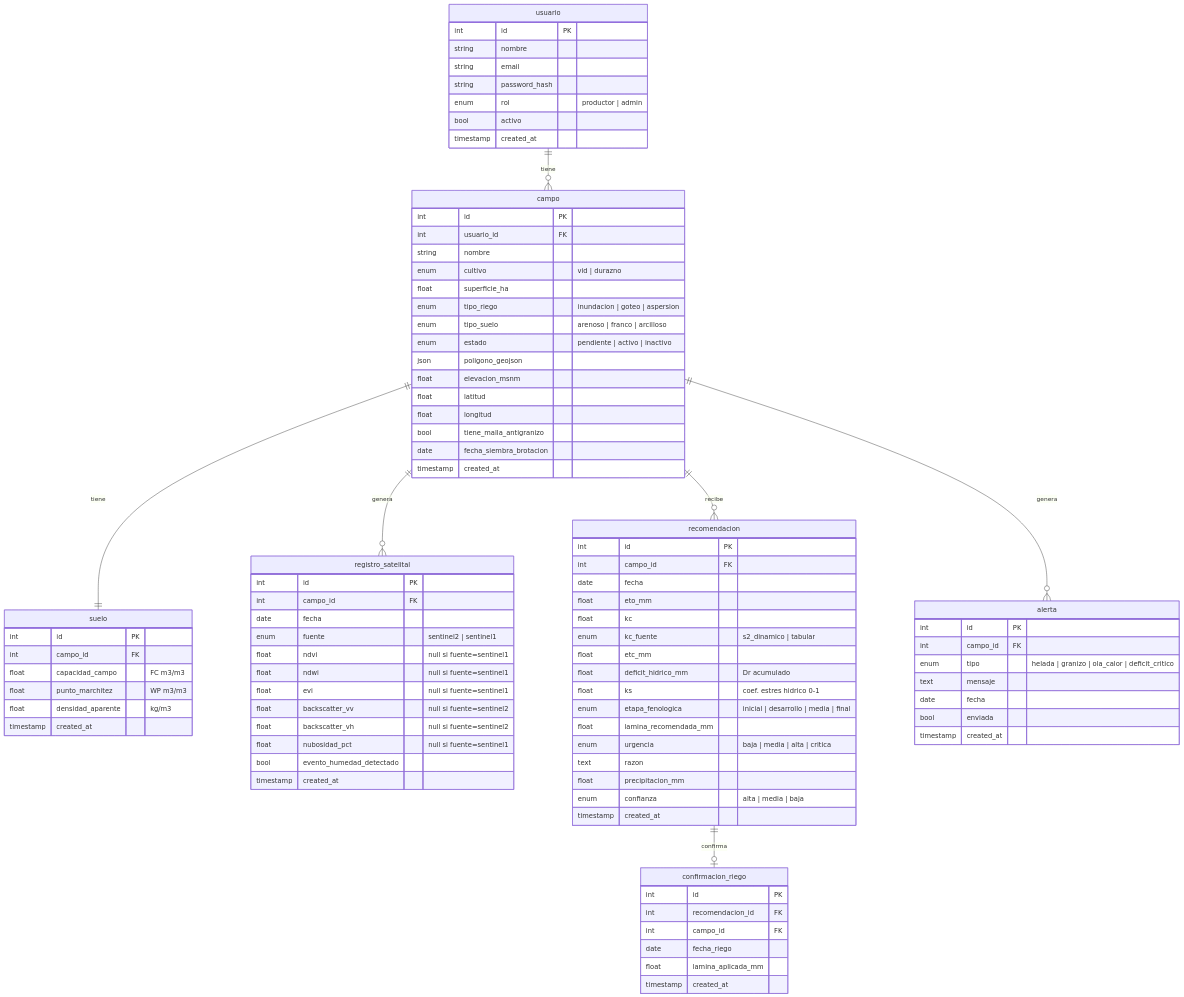
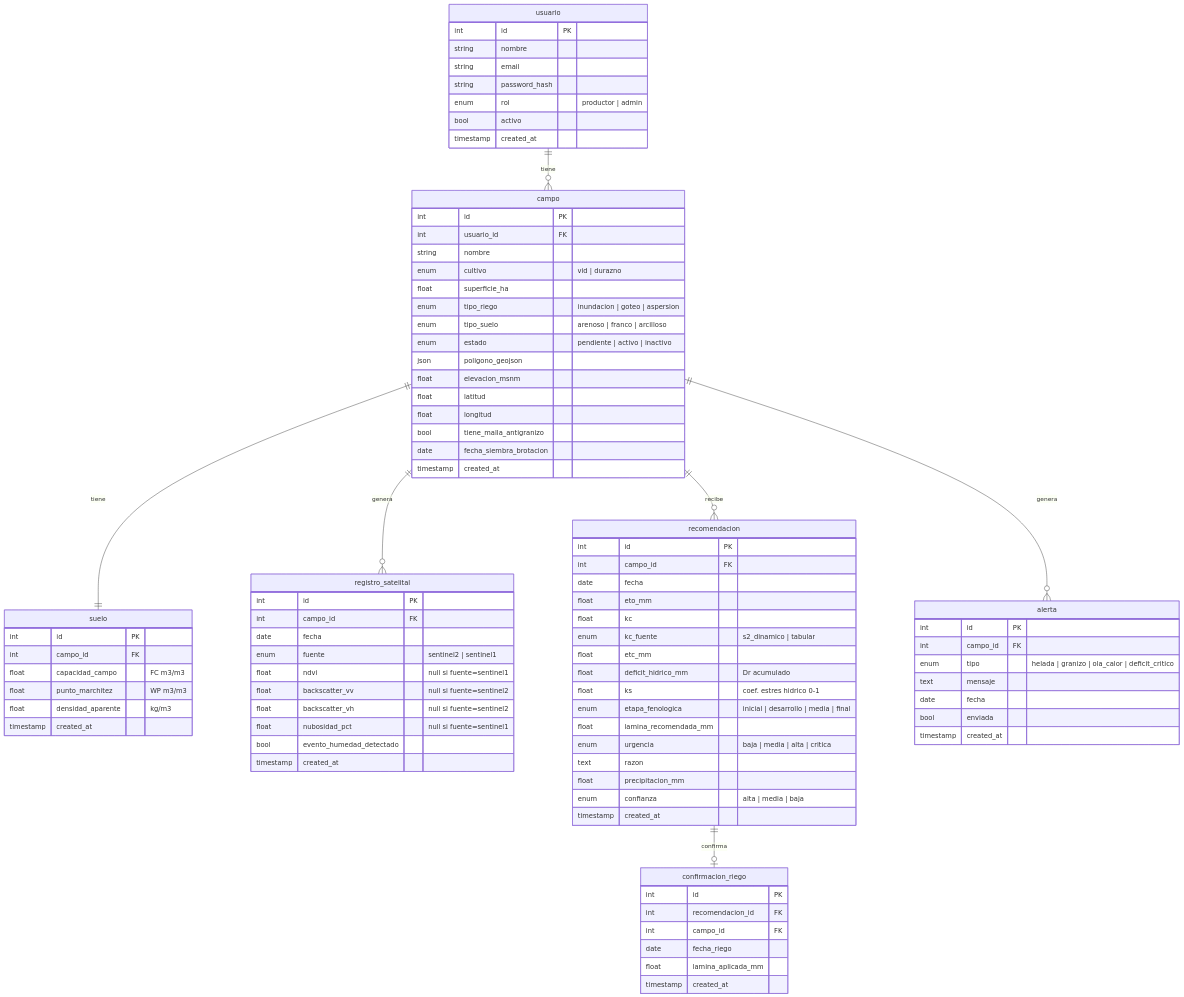
Before and after one commit to Pachi69/irrigation-advisor: the diagram in docs/modelo-datos/er-diagram.md, drawn with Mermaid. The commit also changed other lines of this file and 6 other files, not shown here.

First line of the commit message:
refactor: eliminar NDWI y EVI del pipeline — solo NDVI para Kc

```diff
--- a/docs/modelo-datos/er-diagram.md
+++ b/docs/modelo-datos/er-diagram.md
@@ -47,8 +47,6 @@
         date fecha
         enum fuente "sentinel2 | sentinel1"
         float ndvi "null si fuente=sentinel1"
-        float ndwi "null si fuente=sentinel1"
-        float evi "null si fuente=sentinel1"
         float backscatter_vv "null si fuente=sentinel2"
         float backscatter_vh "null si fuente=sentinel2"
         float nubosidad_pct "null si fuente=sentinel1"
```
